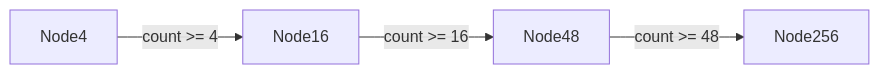
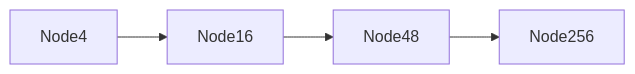
The third of 3 diagrams in docs/notes/2026-02-09-memory-craft-memtable-arena-skiplist-art.md (feichai0017/NoKV), drawn with Mermaid before and after one commit. The commit also changed other lines of this file and 3 other files, not shown here.

````diff
--- a/docs/notes/2026-02-09-memory-craft-memtable-arena-skiplist-art.md
+++ b/docs/notes/2026-02-09-memory-craft-memtable-arena-skiplist-art.md
@@ -315,6 +130,6 @@
 ```mermaid
 flowchart LR
-  N4["Node4"] -->|count >= 4| N16["Node16"]
-  N16 -->|count >= 16| N48["Node48"]
-  N48 -->|count >= 48| N256["Node256"]
+  N4["Node4"] --> N16["Node16"]
+  N16 --> N48["Node48"]
+  N48 --> N256["Node256"]
 ```
````
